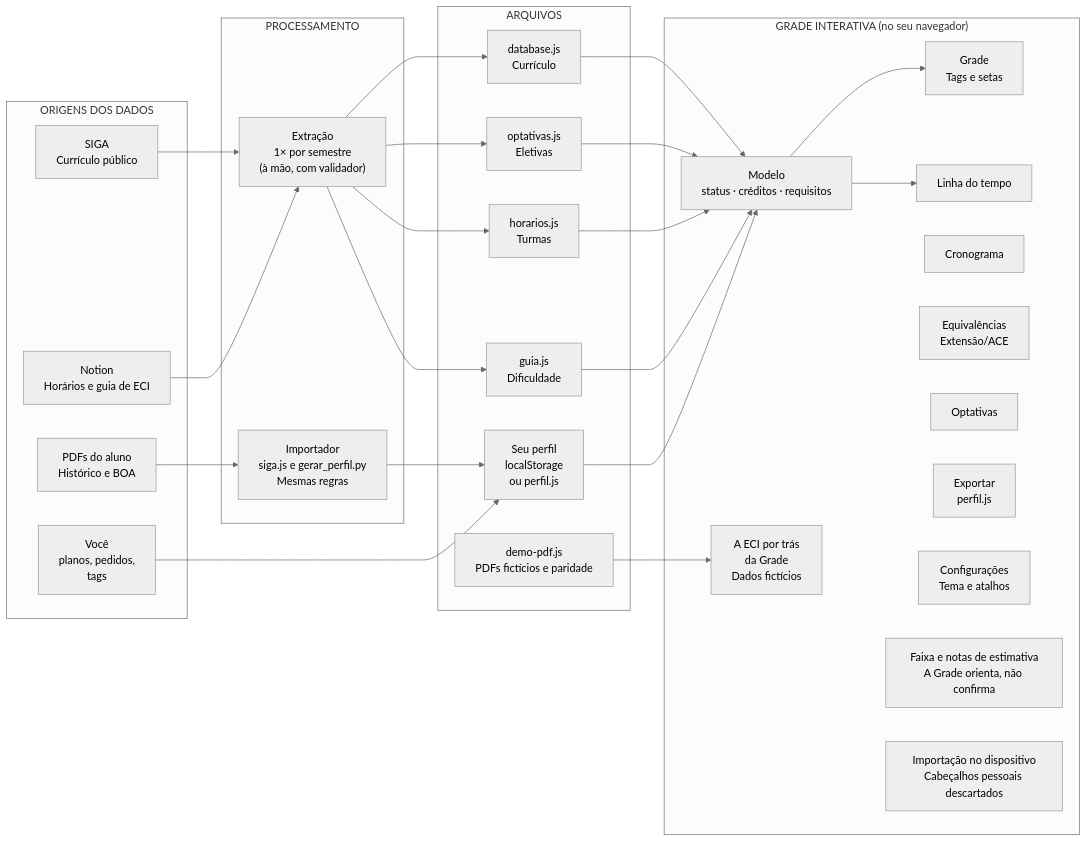
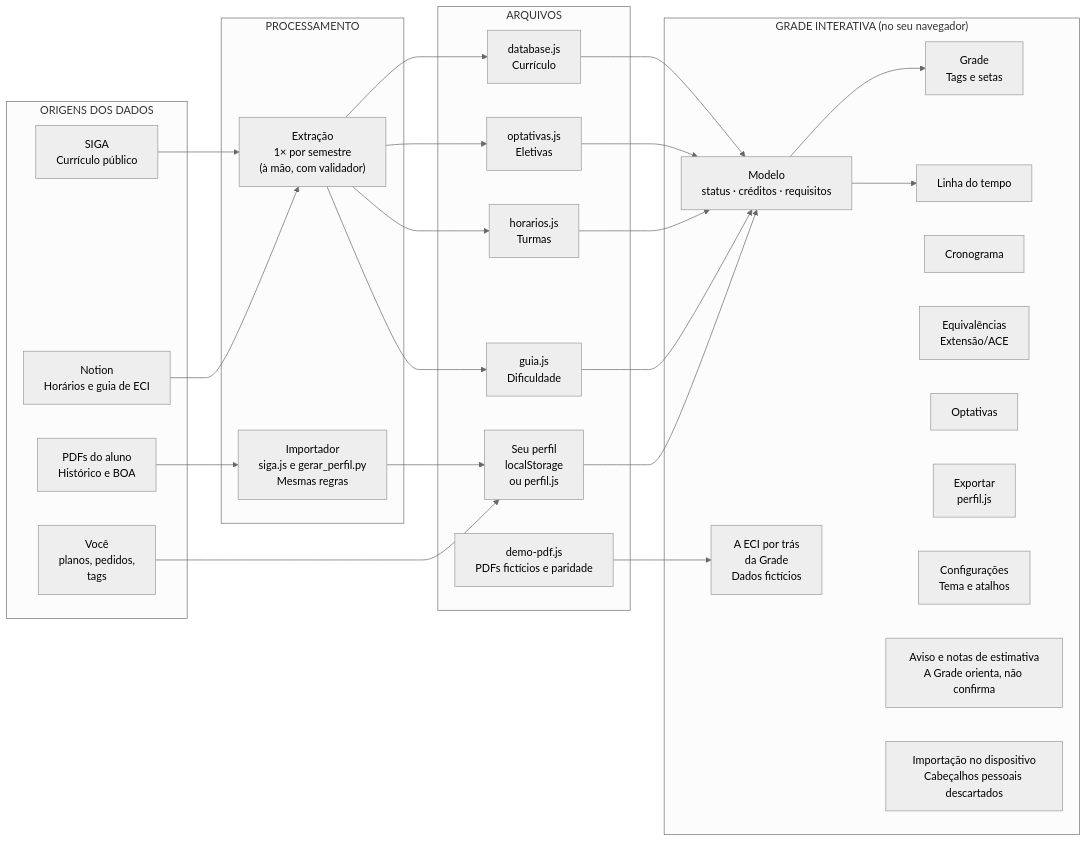
Before and after one commit to JoaoAndrade01/grade: the fifth of 7 diagrams in docs/ARQUITETURA.md, drawn with Mermaid (neutral theme). The commit also changed other lines of this file and 15 other files, not shown here.

````diff
--- a/docs/ARQUITETURA.md
+++ b/docs/ARQUITETURA.md
@@ -158,51 +158,51 @@
 ```mermaid
 flowchart LR
   subgraph G0["ORIGENS DOS DADOS"]
     siga["SIGA<br/>Currículo público"]
     notion["Notion<br/>Horários e guia de ECI"]
     pdf["PDFs do aluno<br/>Histórico e BOA"]
     aluno["Você<br/>planos, pedidos,<br/>tags"]
   end
   subgraph G1["PROCESSAMENTO"]
     extr["Extração<br/>1× por semestre<br/>(à mão, com validador)"]
     imp["Importador<br/>siga.js e gerar_perfil.py<br/>Mesmas regras"]
   end
   subgraph G2["ARQUIVOS"]
     db["database.js<br/>Currículo"]
     opt["optativas.js<br/>Eletivas"]
     hor["horarios.js<br/>Turmas"]
     guia["guia.js<br/>Dificuldade"]
     perfil["Seu perfil<br/>localStorage<br/>ou perfil.js"]
     demo["demo-pdf.js<br/>PDFs fictícios e paridade"]
   end
   subgraph G3["GRADE INTERATIVA (no seu navegador)"]
     modelo["Modelo<br/>status · créditos · requisitos"]
     g1["Grade<br/>Tags e setas"]
     g2["Linha do tempo"]
     g3["Cronograma"]
     g4["Equivalências<br/>Extensão/ACE"]
     g5["Optativas"]
     exp["Exportar<br/>perfil.js"]
     eci["A ECI por trás<br/>da Grade<br/>Dados fictícios"]
     cfg["Configurações<br/>Tema e atalhos"]
-    faixa["Faixa e notas de estimativa<br/>A Grade orienta, não confirma"]
+    faixa["Aviso e notas de estimativa<br/>A Grade orienta, não confirma"]
     csp["Importação no dispositivo<br/>Cabeçalhos pessoais descartados"]
   end
   siga --> extr
   notion --> extr
   pdf --> imp
   aluno --> perfil
   extr --> db
   extr --> opt
   extr --> hor
   extr --> guia
   imp --> perfil
   db --> modelo
   opt --> modelo
   hor --> modelo
   guia --> modelo
   perfil --> modelo
   modelo --> g1
   modelo --> g2
   demo --> eci
 ```
````
